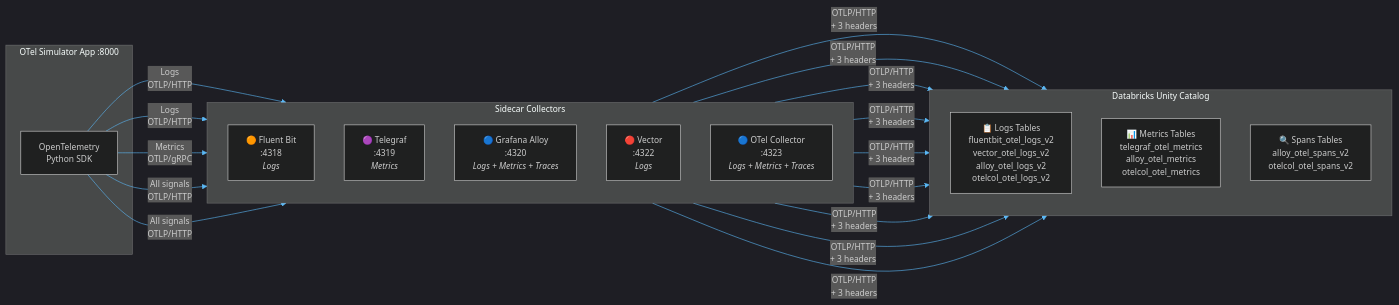
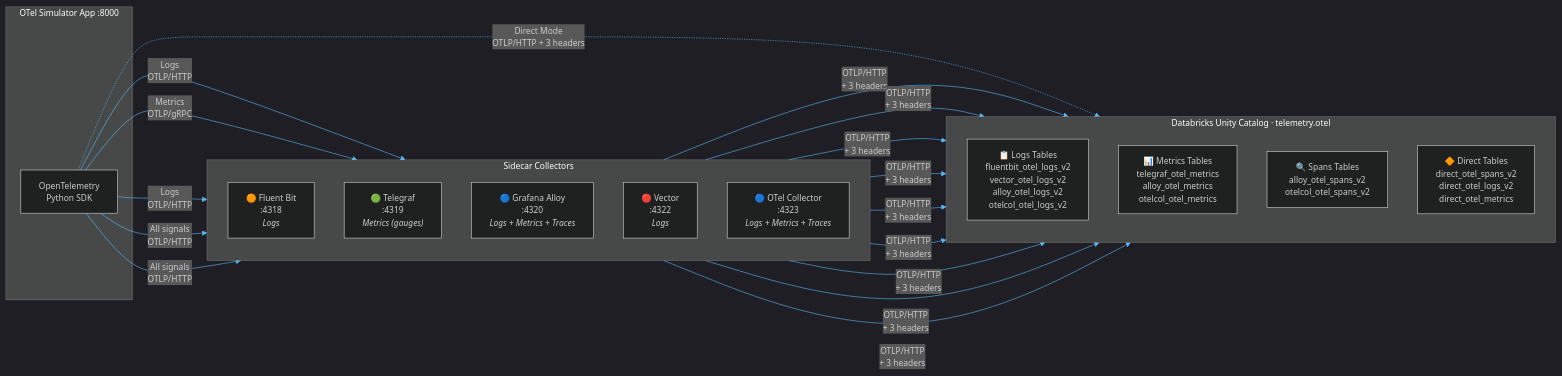
One commit to bobertx3/dbrks-otel-sim-sidecar changed the diagram in architecture.mmd. Above: the diagram before and after it, drawn with Mermaid. The commit also changed 37 other files, not shown here.

```diff
--- a/architecture.mmd
+++ b/architecture.mmd
@@ -1,37 +1,42 @@
 %%{init: {'theme': 'dark', 'themeVariables': {'primaryColor': '#1a2744', 'primaryTextColor': '#eaf0ff', 'primaryBorderColor': '#26365b', 'lineColor': '#5bb8f5', 'secondaryColor': '#0d1730', 'tertiaryColor': '#101b35', 'fontSize': '14px'}}}%%
 graph LR
     subgraph APP["OTel Simulator App :8000"]
         SDK["OpenTelemetry<br/>Python SDK"]
     end
 
     subgraph COLLECTORS["Sidecar Collectors"]
         direction TB
         FB["🟠 Fluent Bit<br/>:4318<br/><i>Logs</i>"]
-        TG["🟣 Telegraf<br/>:4319<br/><i>Metrics</i>"]
+        TG["🟢 Telegraf<br/>:4319<br/><i>Metrics (gauges)</i>"]
         AL["🔵 Grafana Alloy<br/>:4320<br/><i>Logs + Metrics + Traces</i>"]
         VE["🔴 Vector<br/>:4322<br/><i>Logs</i>"]
         OC["🔵 OTel Collector<br/>:4323<br/><i>Logs + Metrics + Traces</i>"]
     end
 
-    subgraph DATABRICKS["Databricks Unity Catalog"]
+    subgraph DATABRICKS["Databricks Unity Catalog · telemetry.otel"]
         direction TB
         LOGS["📋 Logs Tables<br/>fluentbit_otel_logs_v2<br/>vector_otel_logs_v2<br/>alloy_otel_logs_v2<br/>otelcol_otel_logs_v2"]
         METRICS["📊 Metrics Tables<br/>telegraf_otel_metrics<br/>alloy_otel_metrics<br/>otelcol_otel_metrics"]
         TRACES["🔍 Spans Tables<br/>alloy_otel_spans_v2<br/>otelcol_otel_spans_v2"]
+        DIRECT["🔶 Direct Tables<br/>direct_otel_spans_v2<br/>direct_otel_logs_v2<br/>direct_otel_metrics"]
     end
 
+    %% Sidecar Mode
     SDK -->|"Logs<br/>OTLP/HTTP"| FB
+    SDK -->|"Metrics<br/>OTLP/gRPC"| TG
     SDK -->|"Logs<br/>OTLP/HTTP"| VE
-    SDK -->|"Metrics<br/>OTLP/gRPC"| TG
     SDK -->|"All signals<br/>OTLP/HTTP"| AL
     SDK -->|"All signals<br/>OTLP/HTTP"| OC
 
     FB -->|"OTLP/HTTP<br/>+ 3 headers"| LOGS
+    TG -->|"OTLP/HTTP<br/>+ 3 headers"| METRICS
     VE -->|"OTLP/HTTP<br/>+ 3 headers"| LOGS
-    TG -->|"OTLP/HTTP<br/>+ 3 headers"| METRICS
     AL -->|"OTLP/HTTP<br/>+ 3 headers"| LOGS
     AL -->|"OTLP/HTTP<br/>+ 3 headers"| METRICS
     AL -->|"OTLP/HTTP<br/>+ 3 headers"| TRACES
     OC -->|"OTLP/HTTP<br/>+ 3 headers"| LOGS
     OC -->|"OTLP/HTTP<br/>+ 3 headers"| METRICS
     OC -->|"OTLP/HTTP<br/>+ 3 headers"| TRACES
+
+    %% Direct Mode
+    SDK -.->|"Direct Mode<br/>OTLP/HTTP + 3 headers"| DIRECT
```
